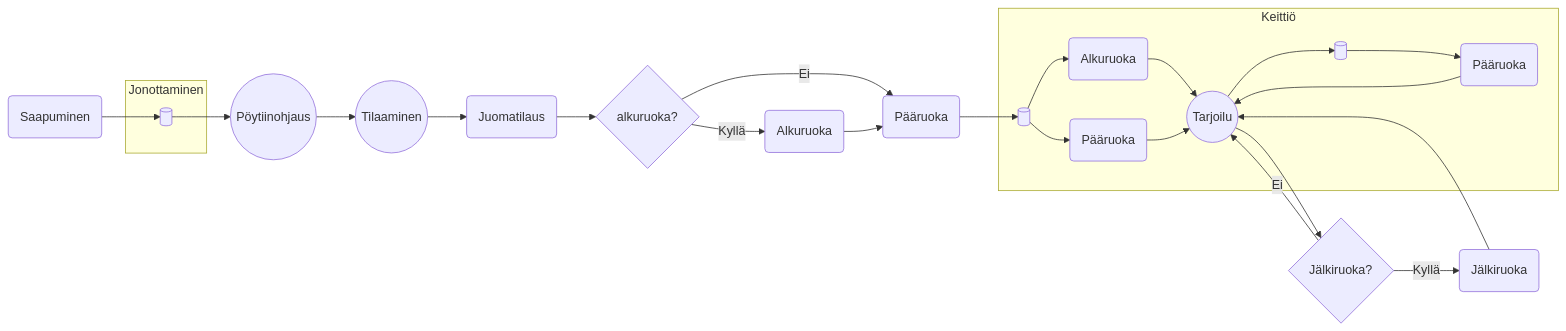
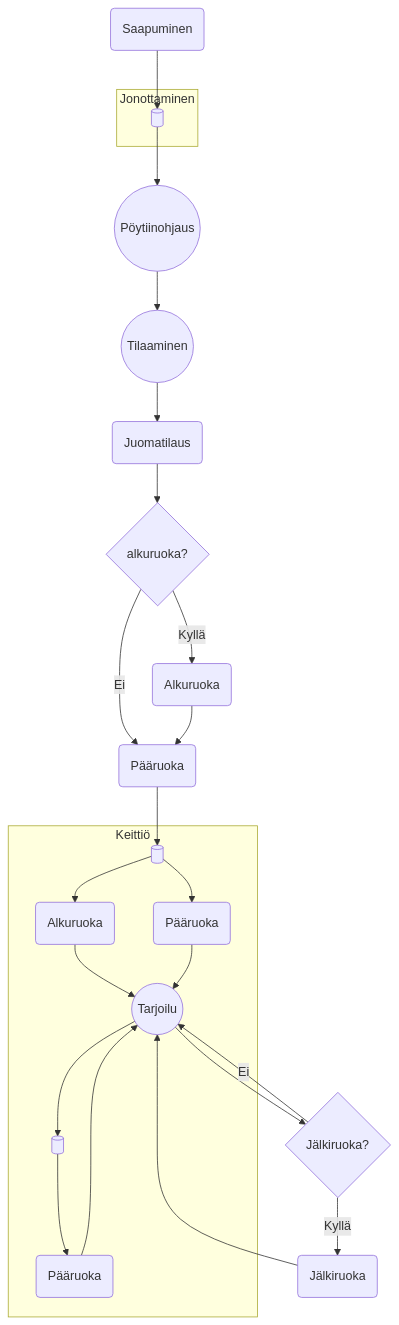
The diagram in README.md (onnikiv/Simu-Projekti), drawn with Mermaid before and after one commit.

````diff
--- a/README.md
+++ b/README.md
@@ -5,35 +5,35 @@
 ```mermaid
-flowchart LR
+flowchart TD
 
 A(Saapuminen) --> B
 B --> C((Pöytiinohjaus))
 C --> D((Tilaaminen))
 D --> a(Juomatilaus)
 
 a --> F{alkuruoka?}
 F --> |Ei| H(Pääruoka)
 F --> |Kyllä| J(Alkuruoka)
 J --> H
 H --> K[( )]
 
 subgraph E_label [Keittiö]
     K --> L(Alkuruoka)
     L --> l((Tarjoilu))
     l --> j[( )]
     j --> N(Pääruoka)
     N --> l
     K --> M(Pääruoka)
     M --> l
 end
 
 l --> h{Jälkiruoka?}
 h -->|Kyllä| k(Jälkiruoka)
 k --> l
 h -->|Ei| l
 
 subgraph B_label [Jonottaminen]
     B[( )]
 end
 
 
 ```
````
